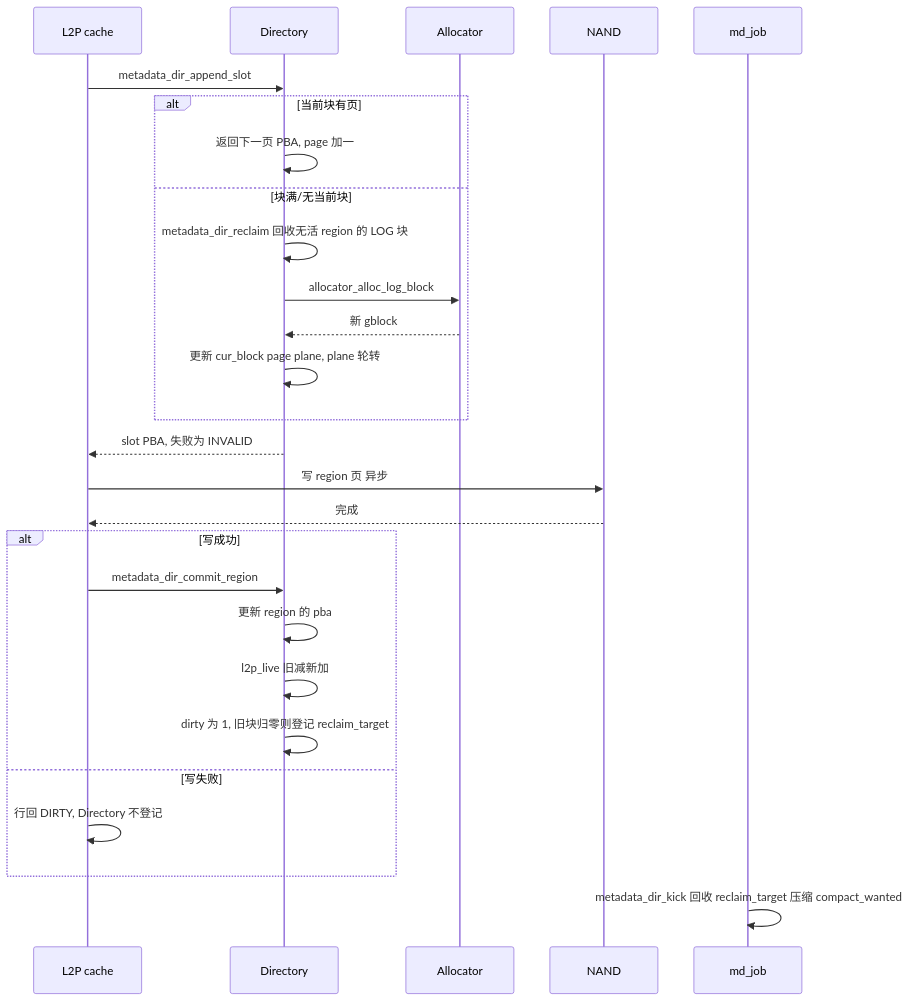
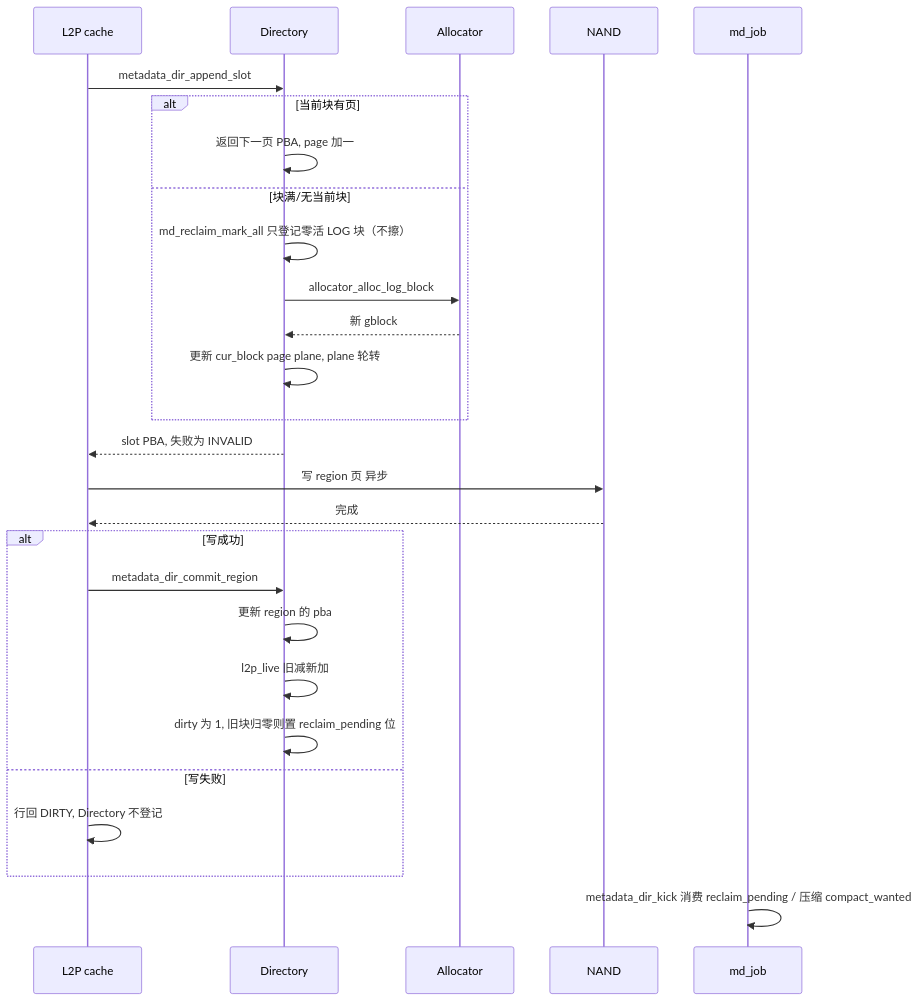
Before and after one commit to YzYMIAO/BASESSD: the seventh of 28 diagrams in docs/design/ftl_design.md, drawn with Mermaid. The commit also changed other lines of this file and 21 other files, not shown here.

````diff
--- a/docs/design/ftl_design.md
+++ b/docs/design/ftl_design.md
@@ -1252,30 +1255,30 @@
 ```mermaid
 sequenceDiagram
     participant C as L2P cache
     participant D as Directory
     participant A as Allocator
     participant N as NAND
     participant J as md_job
 
     C->>D: metadata_dir_append_slot
     alt 当前块有页
         D->>D: 返回下一页 PBA, page 加一
     else 块满/无当前块
-        D->>D: metadata_dir_reclaim 回收无活 region 的 LOG 块
+        D->>D: md_reclaim_mark_all 只登记零活 LOG 块（不擦）
         D->>A: allocator_alloc_log_block
         A-->>D: 新 gblock
         D->>D: 更新 cur_block page plane, plane 轮转
     end
     D-->>C: slot PBA, 失败为 INVALID
     C->>N: 写 region 页 异步
     N-->>C: 完成
     alt 写成功
         C->>D: metadata_dir_commit_region
         D->>D: 更新 region 的 pba
         D->>D: l2p_live 旧减新加
-        D->>D: dirty 为 1, 旧块归零则登记 reclaim_target
+        D->>D: dirty 为 1, 旧块归零则置 reclaim_pending 位
     else 写失败
         C->>C: 行回 DIRTY, Directory 不登记
     end
-    J->>J: metadata_dir_kick 回收 reclaim_target 压缩 compact_wanted
+    J->>J: metadata_dir_kick 消费 reclaim_pending / 压缩 compact_wanted
 ```
````
